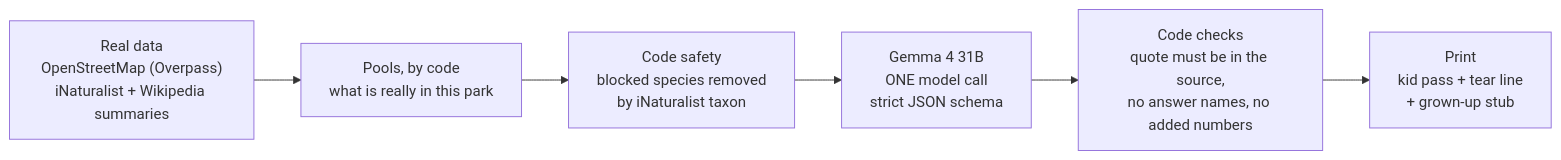
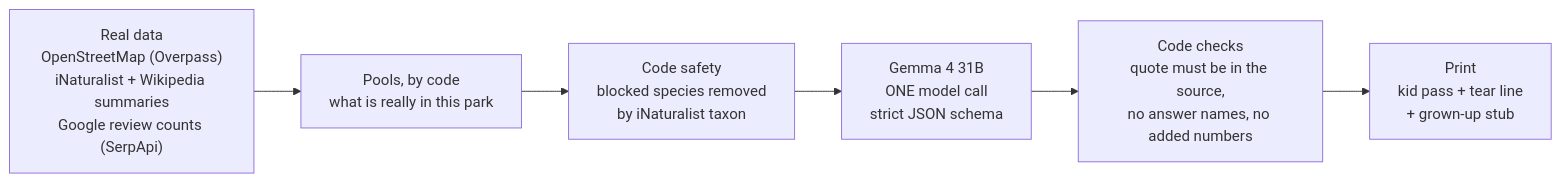
Before and after one commit to c0de128/grass-pass: the diagram in README.md, drawn with Mermaid. The commit also changed other lines of this file and 4 other files, not shown here.

````diff
--- a/README.md
+++ b/README.md
@@ -36,8 +39,8 @@
 ```mermaid
 flowchart LR
-  S["Real data<br/>OpenStreetMap (Overpass)<br/>iNaturalist + Wikipedia summaries"] --> P["Pools, by code<br/>what is really in this park"]
+  S["Real data<br/>OpenStreetMap (Overpass)<br/>iNaturalist + Wikipedia summaries<br/>Google review counts (SerpApi)"] --> P["Pools, by code<br/>what is really in this park"]
   P --> F["Code safety<br/>blocked species removed<br/>by iNaturalist taxon"]
   F --> AI["Gemma 4 31B<br/>ONE model call<br/>strict JSON schema"]
   AI --> V["Code checks<br/>quote must be in the source,<br/>no answer names, no added numbers"]
   V --> PR["Print<br/>kid pass + tear line<br/>+ grown-up stub"]
 ```
````
